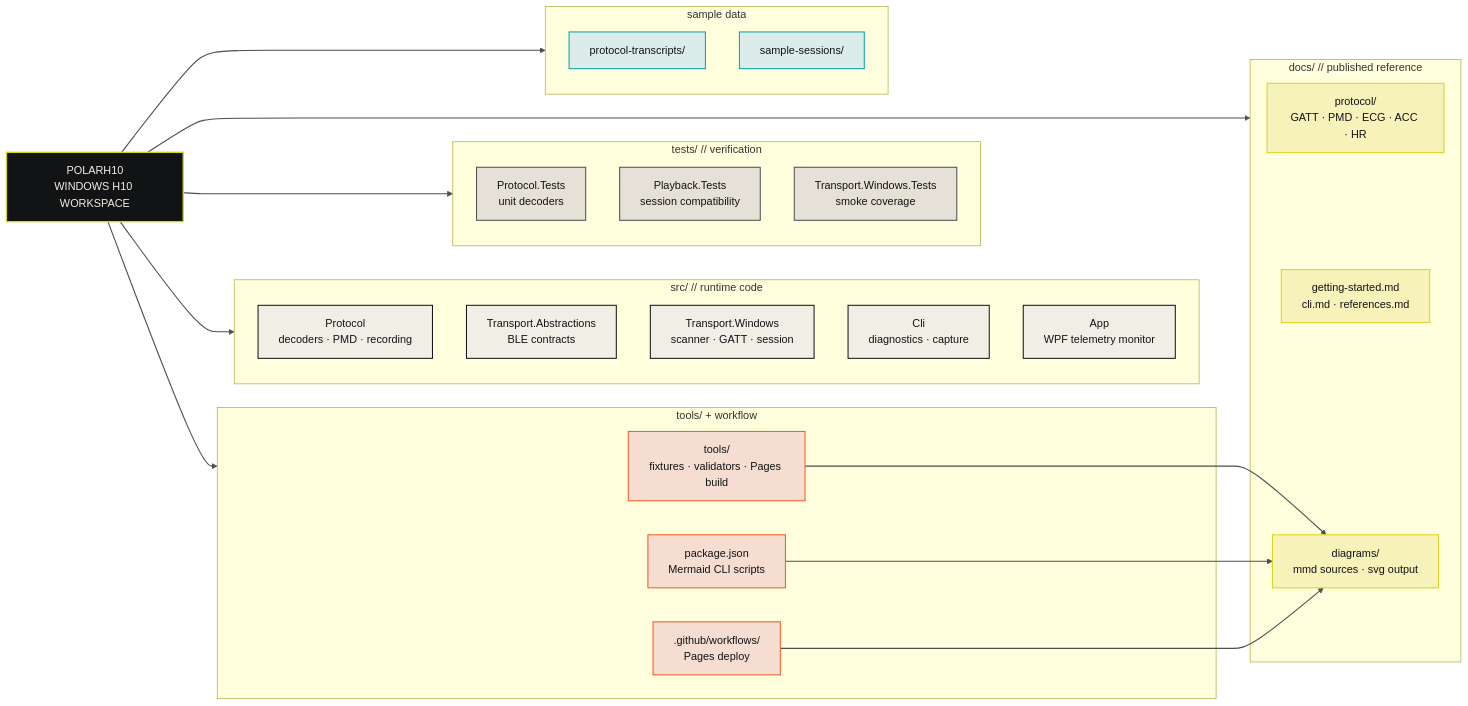
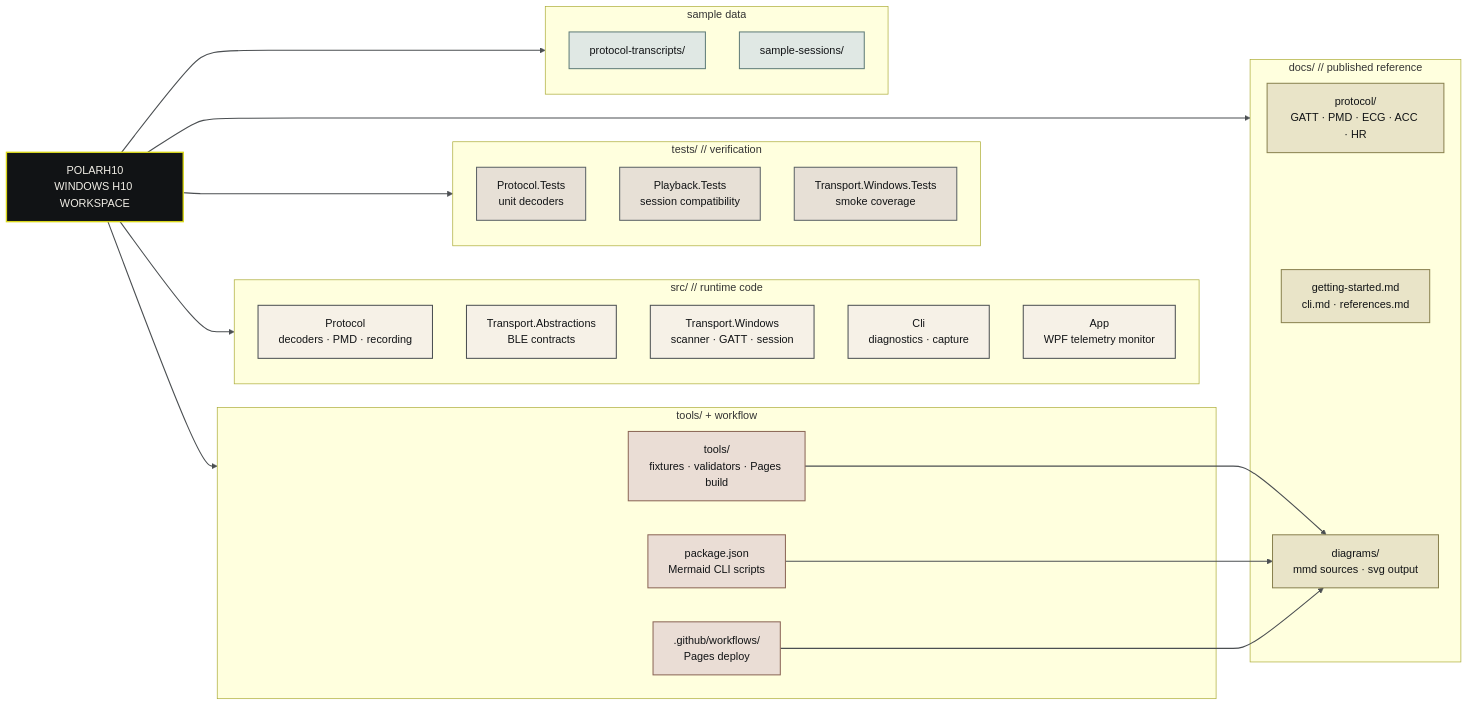
The diagram in docs/diagrams/repo-structure.mmd (MesmerPrism/PolarH10), drawn with Mermaid before and after one commit. The commit also changed 11 other files, not shown here.

Commit message:
Soften Mermaid palette and viewer backgrounds

```diff
--- a/docs/diagrams/repo-structure.mmd
+++ b/docs/diagrams/repo-structure.mmd
@@ -1,59 +1,59 @@
 %% Repo structure overview - GitHub-facing and compact.
 %% Keep the README version lightweight; push deeper diagrams into docs/diagrams.
 
 flowchart LR
     R["POLARH10<br/>WINDOWS H10 WORKSPACE"]
 
     subgraph Source["src/ // runtime code"]
         P1["Protocol<br/>decoders · PMD · recording"]
         P2["Transport.Abstractions<br/>BLE contracts"]
         P3["Transport.Windows<br/>scanner · GATT · session"]
         P4["Cli<br/>diagnostics · capture"]
         P5["App<br/>WPF telemetry monitor"]
     end
 
     subgraph Tests["tests/ // verification"]
         T1["Protocol.Tests<br/>unit decoders"]
         T2["Playback.Tests<br/>session compatibility"]
         T3["Transport.Windows.Tests<br/>smoke coverage"]
     end
 
     subgraph Docs["docs/ // published reference"]
         D1["protocol/<br/>GATT · PMD · ECG · ACC · HR"]
         D2["getting-started.md<br/>cli.md · references.md"]
         D3["diagrams/<br/>mmd sources · svg output"]
     end
 
     subgraph Tooling["tools/ + workflow"]
         TL1["tools/<br/>fixtures · validators · Pages build"]
         TL2["package.json<br/>Mermaid CLI scripts"]
         TL3[".github/workflows/<br/>Pages deploy"]
     end
 
     subgraph Samples["sample data"]
         S1["protocol-transcripts/"]
         S2["sample-sessions/"]
     end
 
     R --> Source
     R --> Tests
     R --> Docs
     R --> Tooling
     R --> Samples
     TL1 --> D3
     TL2 --> D3
     TL3 --> D3
 
     classDef hub fill:#111315,stroke:#D8D61A,color:#F1EEE6,stroke-width:2px;
-    classDef source fill:#F1EEE6,stroke:#111315,color:#111315,stroke-width:1.5px;
-    classDef tests fill:#E6E1D7,stroke:#4B4F52,color:#111315,stroke-width:1.5px;
-    classDef docs fill:#F7F1BA,stroke:#D8D61A,color:#111315,stroke-width:1.5px;
-    classDef tooling fill:#F6DDD2,stroke:#F05A22,color:#111315,stroke-width:1.5px;
-    classDef sample fill:#DCECEB,stroke:#00A7A0,color:#111315,stroke-width:1.5px;
+    classDef source fill:#F6F1E7,stroke:#4B4F52,color:#111315,stroke-width:1.5px;
+    classDef tests fill:#E7E0D6,stroke:#5B6266,color:#111315,stroke-width:1.5px;
+    classDef docs fill:#E9E4C8,stroke:#8A8250,color:#111315,stroke-width:1.5px;
+    classDef tooling fill:#EADDD5,stroke:#8B6656,color:#111315,stroke-width:1.5px;
+    classDef sample fill:#E0E8E4,stroke:#607C78,color:#111315,stroke-width:1.5px;
     class R hub;
     class P1,P2,P3,P4,P5 source;
     class T1,T2,T3 tests;
     class D1,D2,D3 docs;
     class TL1,TL2,TL3 tooling;
     class S1,S2 sample;
     linkStyle default stroke:#4B4F52,stroke-width:1.6px;
```
